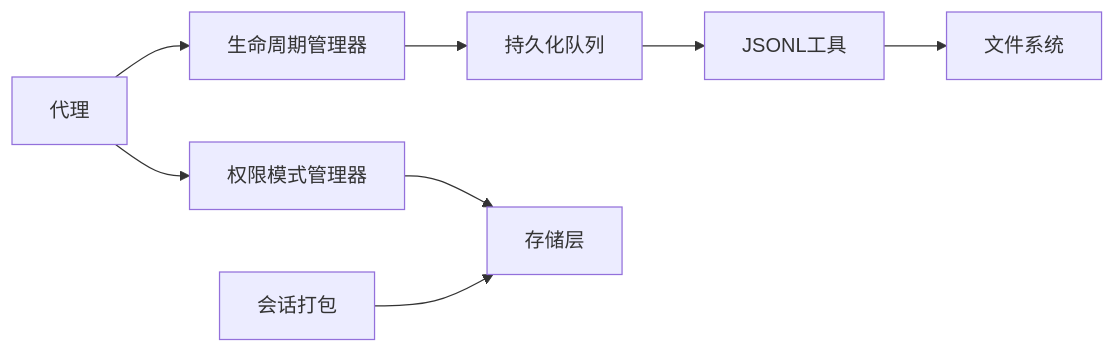
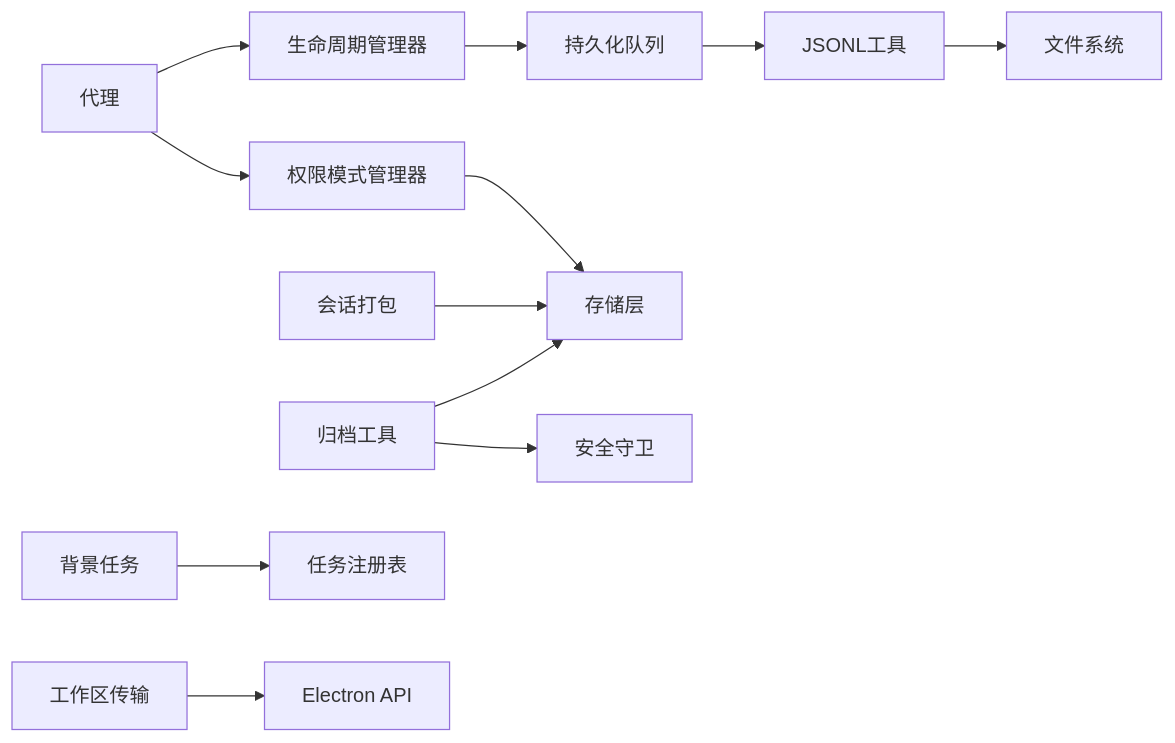
The tenth of 10 diagrams in .qoder/repowiki/zh/content/会话管理系统/会话管理系统.md (haolange/craft-agents-oss), drawn with Mermaid before and after one commit. The commit also changed other lines of this file and 8 other files, not shown here.

````diff
--- a/.qoder/repowiki/zh/content/会话管理系统/会话管理系统.md
+++ b/.qoder/repowiki/zh/content/会话管理系统/会话管理系统.md
@@ -328,10 +503,14 @@
 ```mermaid
 graph LR
 Life["生命周期管理器"] --> Queue["持久化队列"]
 Queue --> JSONL["JSONL工具"]
 JSONL --> FS["文件系统"]
 Mode["权限模式管理器"] --> Store["存储层"]
 Bundle["会话打包"] --> Store
 Agent["代理"] --> Life
 Agent --> Mode
+Archive["归档工具"] --> Store
+BT["背景任务"] --> Registry["任务注册表"]
+WT["工作区传输"] --> Electron["Electron API"]
+Archive --> Guard["安全守卫"]
 ```
````
